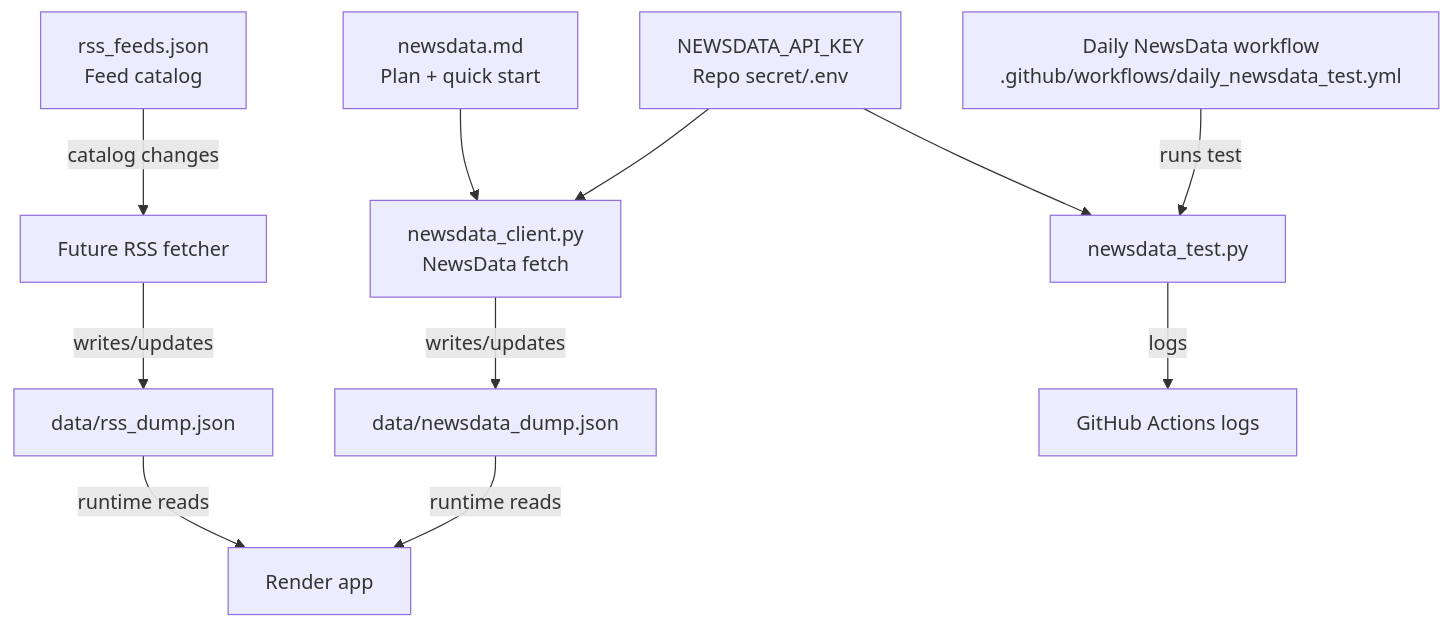
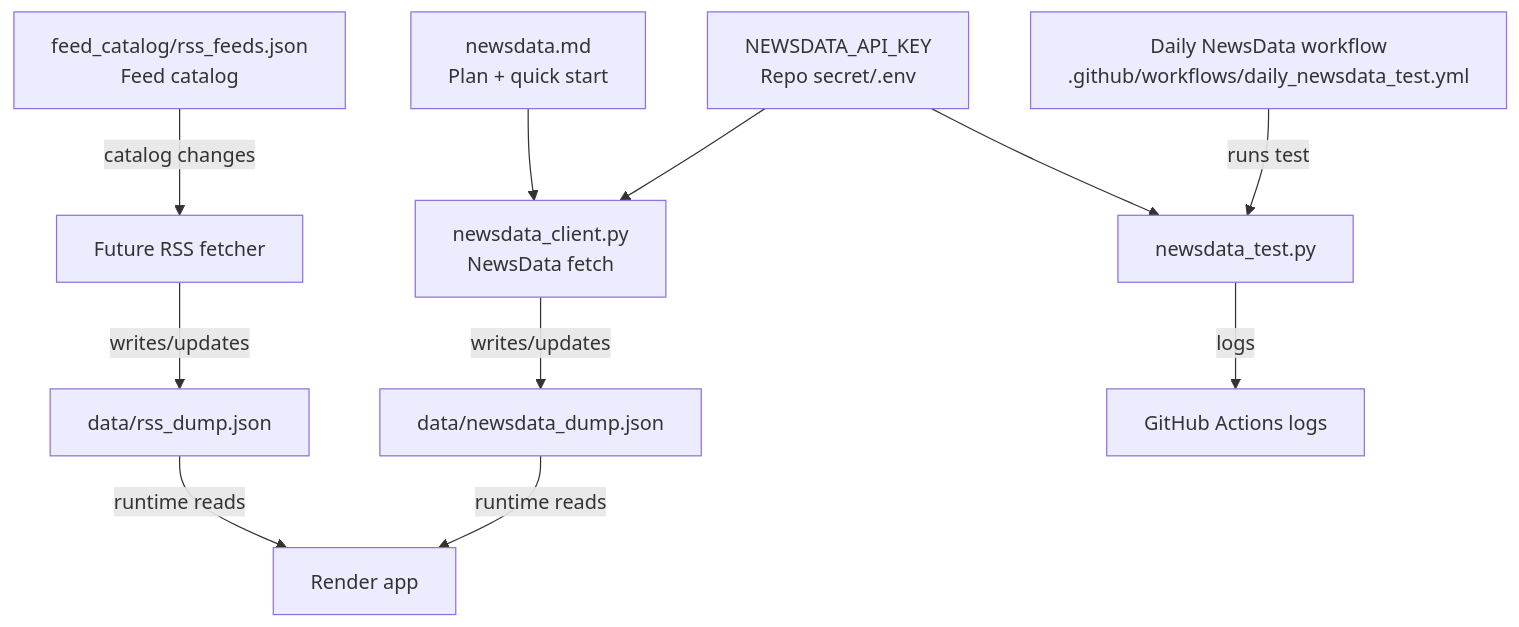
The first of 2 diagrams in readme.md (Distinction-Projects/RSS_Feeds), drawn with Mermaid before and after one commit. The commit also changed other lines of this file and 8 other files, not shown here.

````diff
--- a/readme.md
+++ b/readme.md
@@ -7,16 +7,16 @@
 ```mermaid
 flowchart TD
-    A[rss_feeds.json\nFeed catalog] -->|catalog changes| B[Future RSS fetcher]
+    A[feed_catalog/rss_feeds.json\nFeed catalog] -->|catalog changes| B[Future RSS fetcher]
     B -->|writes/updates| C[data/rss_dump.json]
 
     D[newsdata_client.py\nNewsData fetch] -->|writes/updates| E[data/newsdata_dump.json]
     F[Daily NewsData workflow\n.github/workflows/daily_newsdata_test.yml] -->|runs test| G[newsdata_test.py]
     G -->|logs| H[GitHub Actions logs]
     I[NEWSDATA_API_KEY\nRepo secret/.env] --> D
     I --> G
 
     C -->|runtime reads| J[Render app]
     E -->|runtime reads| J
 
     K[newsdata.md\nPlan + quick start] --> D
 ```
````
